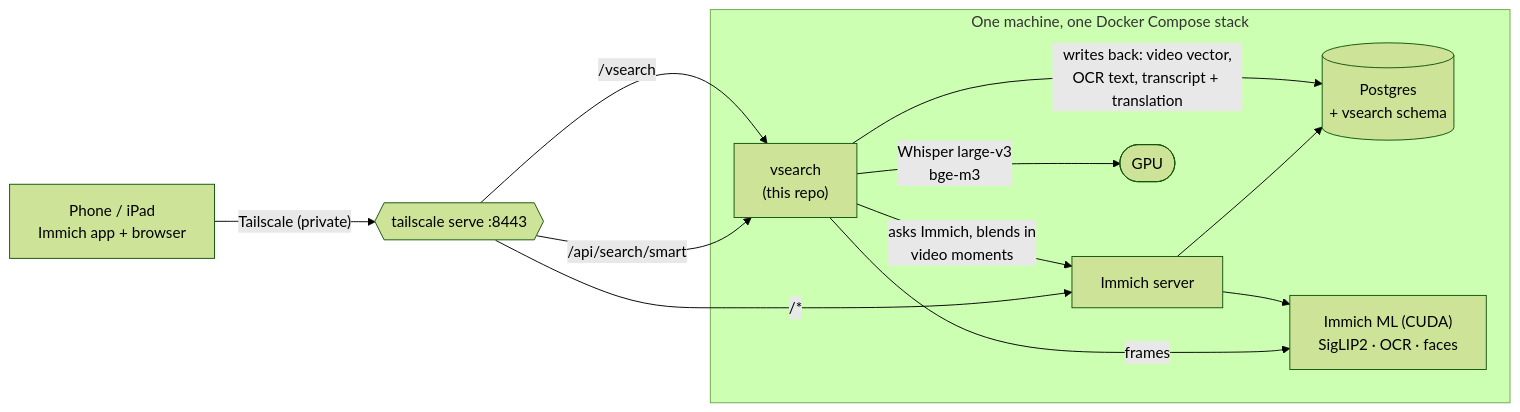
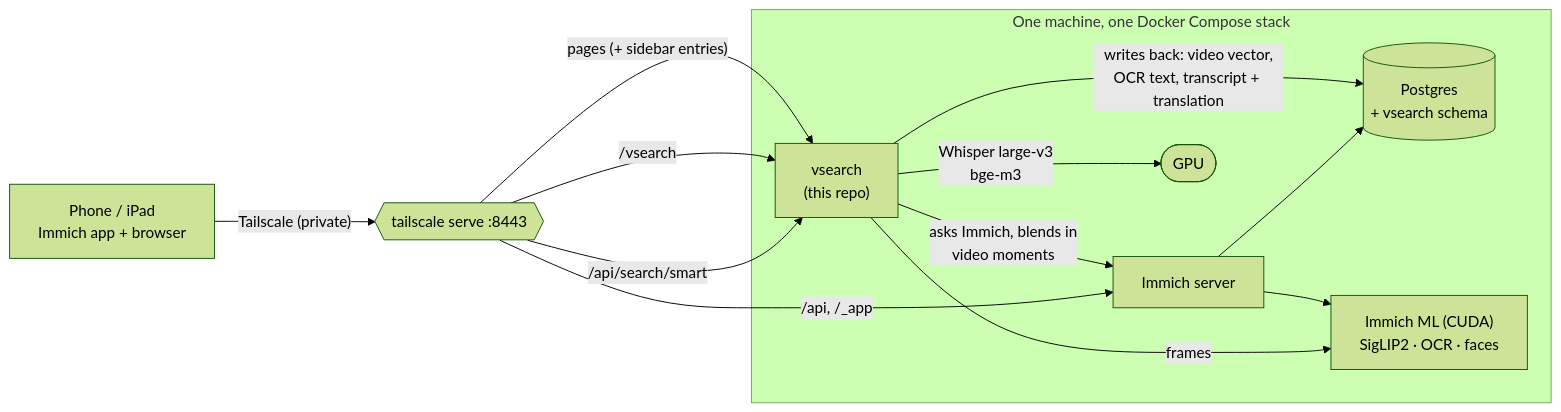
Before and after one commit to atharva80/kshan: the diagram in README.md, drawn with Mermaid (forest theme). The commit also changed other lines of this file and 9 other files, not shown here.

First line of the commit message:
Sidebar entries inside Immich, fix blank page, merge phone-app searches

````diff
--- a/README.md
+++ b/README.md
@@ -45,17 +45,18 @@
 ```mermaid
 flowchart LR
     phone["Phone / iPad<br/>Immich app + browser"] -- "Tailscale (private)" --> ts{{"tailscale serve :8443"}}
-    ts -- "/*" --> immich
+    ts -- "/api, /_app" --> immich
     ts -- "/api/search/smart" --> vs
     ts -- "/vsearch" --> vs
+    ts -- "pages (+ sidebar entries)" --> vs
     subgraph server["One machine, one Docker Compose stack"]
         immich["Immich server"] --> db[("Postgres<br/>+ vsearch schema")]
         ml["Immich ML (CUDA)<br/>SigLIP2 · OCR · faces"]
         vs["vsearch<br/>(this repo)"]
         vs -- "asks Immich, blends in<br/>video moments" --> immich
         vs -- "frames" --> ml
         vs -- "Whisper large-v3<br/>bge-m3" --> gpu(["GPU"])
         vs -- "writes back: video vector,<br/>OCR text, transcript + translation" --> db
         immich --> ml
     end
 ```
````
